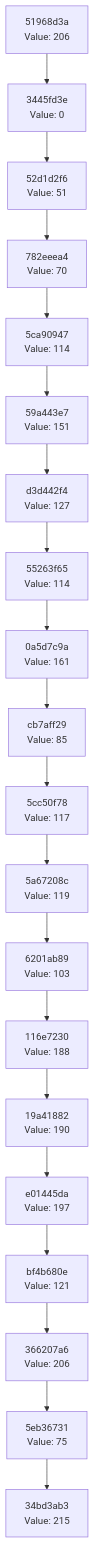
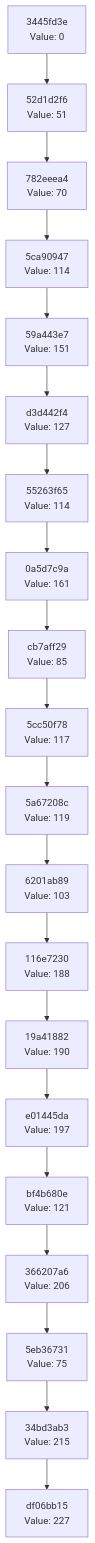
Before and after one commit to Abhisheksinha1506/hash-chain-evolver: the diagram in docs/CHAIN_VISUALIZATION.md, drawn with Mermaid. The commit also changed 2 other files, not shown here.

Commit message:
Evolution step: hash 0xE3 → action executed

````diff
--- a/docs/CHAIN_VISUALIZATION.md
+++ b/docs/CHAIN_VISUALIZATION.md
@@ -3,42 +3,42 @@
 ```mermaid
 graph TD
-    C0["34bd3ab3<br/>Value: 215"]
-    C1["5eb36731<br/>Value: 75"]
+    C0["df06bb15<br/>Value: 227"]
+    C1["34bd3ab3<br/>Value: 215"]
     C1 --> C0
-    C2["366207a6<br/>Value: 206"]
+    C2["5eb36731<br/>Value: 75"]
     C2 --> C1
-    C3["bf4b680e<br/>Value: 121"]
+    C3["366207a6<br/>Value: 206"]
     C3 --> C2
-    C4["e01445da<br/>Value: 197"]
+    C4["bf4b680e<br/>Value: 121"]
     C4 --> C3
-    C5["19a41882<br/>Value: 190"]
+    C5["e01445da<br/>Value: 197"]
     C5 --> C4
-    C6["116e7230<br/>Value: 188"]
+    C6["19a41882<br/>Value: 190"]
     C6 --> C5
-    C7["6201ab89<br/>Value: 103"]
+    C7["116e7230<br/>Value: 188"]
     C7 --> C6
-    C8["5a67208c<br/>Value: 119"]
+    C8["6201ab89<br/>Value: 103"]
     C8 --> C7
-    C9["5cc50f78<br/>Value: 117"]
+    C9["5a67208c<br/>Value: 119"]
     C9 --> C8
-    C10["cb7aff29<br/>Value: 85"]
+    C10["5cc50f78<br/>Value: 117"]
     C10 --> C9
-    C11["0a5d7c9a<br/>Value: 161"]
+    C11["cb7aff29<br/>Value: 85"]
     C11 --> C10
-    C12["55263f65<br/>Value: 114"]
+    C12["0a5d7c9a<br/>Value: 161"]
     C12 --> C11
-    C13["d3d442f4<br/>Value: 127"]
+    C13["55263f65<br/>Value: 114"]
     C13 --> C12
-    C14["59a443e7<br/>Value: 151"]
+    C14["d3d442f4<br/>Value: 127"]
     C14 --> C13
-    C15["5ca90947<br/>Value: 114"]
+    C15["59a443e7<br/>Value: 151"]
     C15 --> C14
-    C16["782eeea4<br/>Value: 70"]
+    C16["5ca90947<br/>Value: 114"]
     C16 --> C15
-    C17["52d1d2f6<br/>Value: 51"]
+    C17["782eeea4<br/>Value: 70"]
     C17 --> C16
-    C18["3445fd3e<br/>Value: 0"]
+    C18["52d1d2f6<br/>Value: 51"]
     C18 --> C17
-    C19["51968d3a<br/>Value: 206"]
+    C19["3445fd3e<br/>Value: 0"]
     C19 --> C18
 ```
````
